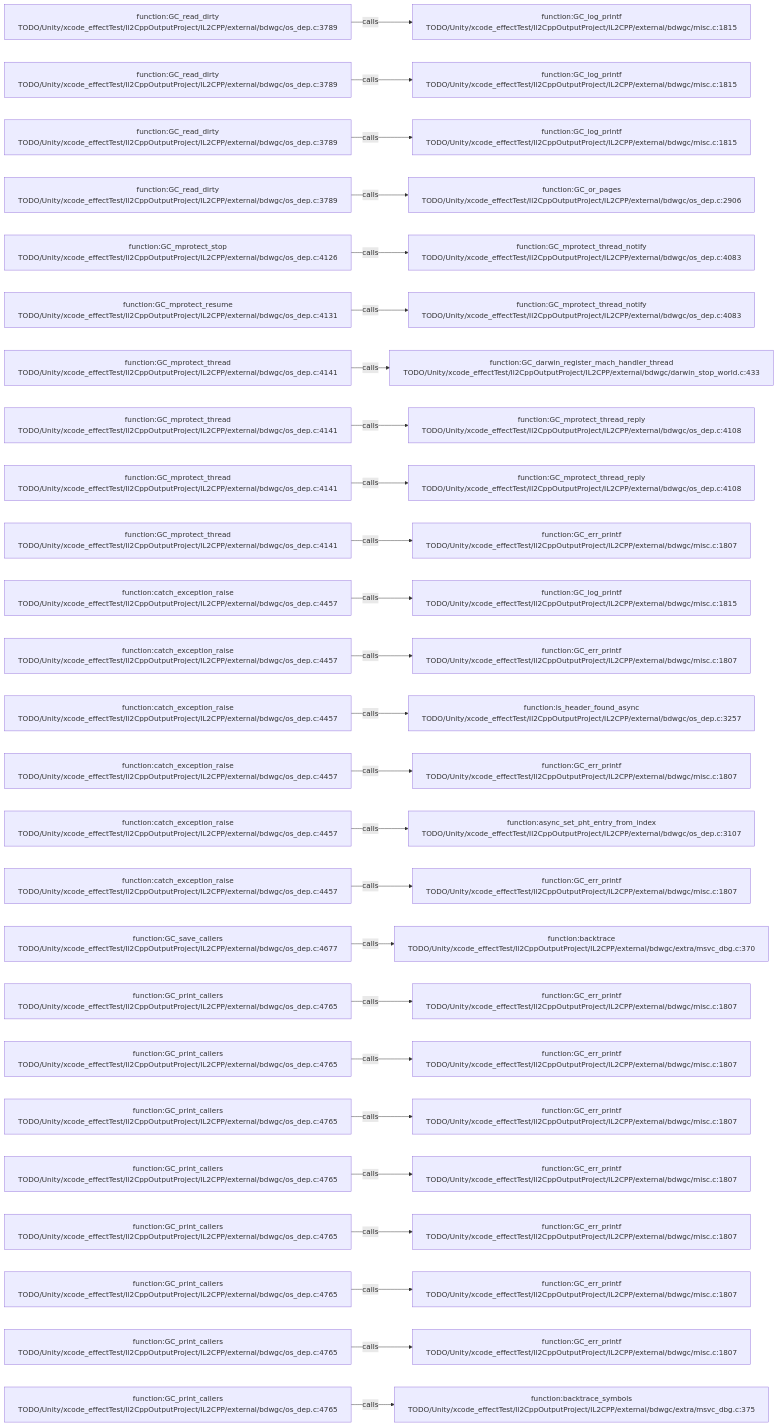
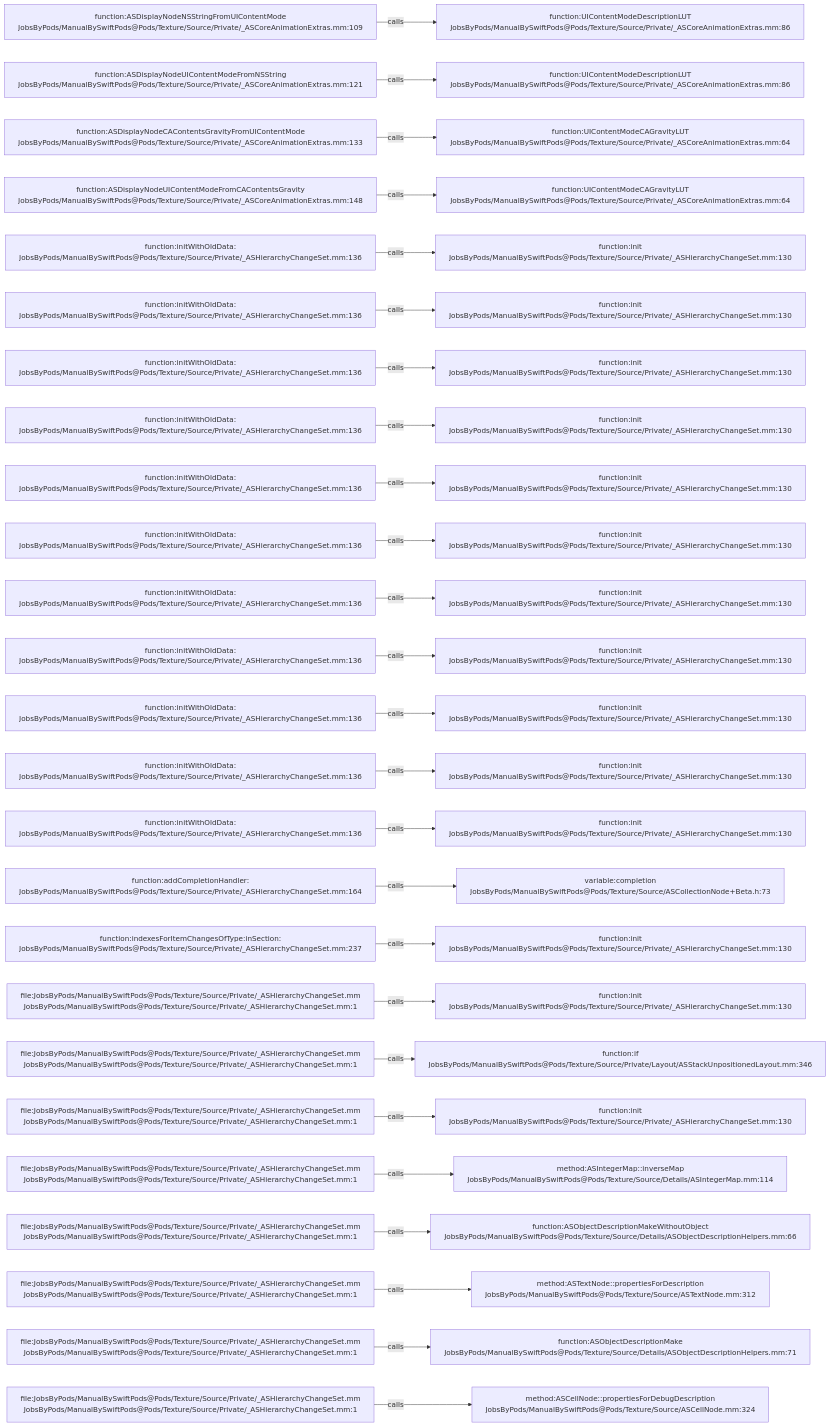
The diagram in .codegraph/codegraph.md/graphs/calls-147.md (JobsKits/JobsSwiftBaseConfigDemo), drawn with Mermaid before and after one commit. The commit also changed 2959 other files, not shown here.

````diff
--- a/.codegraph/codegraph.md/graphs/calls-147.md
+++ b/.codegraph/codegraph.md/graphs/calls-147.md
@@ -13,78 +13,78 @@
 ```mermaid
 flowchart LR
-  S1["function:GC_read_dirty<br/>TODO/Unity/xcode_effectTest/Il2CppOutputProject/IL2CPP/external/bdwgc/os_dep.c:3789"]
-  T1["function:GC_log_printf<br/>TODO/Unity/xcode_effectTest/Il2CppOutputProject/IL2CPP/external/bdwgc/misc.c:1815"]
+  S1["function:ASDisplayNodeNSStringFromUIContentMode<br/>JobsByPods/ManualBySwiftPods@Pods/Texture/Source/Private/_ASCoreAnimationExtras.mm:109"]
+  T1["function:UIContentModeDescriptionLUT<br/>JobsByPods/ManualBySwiftPods@Pods/Texture/Source/Private/_ASCoreAnimationExtras.mm:86"]
   S1 -->|calls| T1
-  S2["function:GC_read_dirty<br/>TODO/Unity/xcode_effectTest/Il2CppOutputProject/IL2CPP/external/bdwgc/os_dep.c:3789"]
-  T2["function:GC_log_printf<br/>TODO/Unity/xcode_effectTest/Il2CppOutputProject/IL2CPP/external/bdwgc/misc.c:1815"]
+  S2["function:ASDisplayNodeUIContentModeFromNSString<br/>JobsByPods/ManualBySwiftPods@Pods/Texture/Source/Private/_ASCoreAnimationExtras.mm:121"]
+  T2["function:UIContentModeDescriptionLUT<br/>JobsByPods/ManualBySwiftPods@Pods/Texture/Source/Private/_ASCoreAnimationExtras.mm:86"]
   S2 -->|calls| T2
-  S3["function:GC_read_dirty<br/>TODO/Unity/xcode_effectTest/Il2CppOutputProject/IL2CPP/external/bdwgc/os_dep.c:3789"]
-  T3["function:GC_log_printf<br/>TODO/Unity/xcode_effectTest/Il2CppOutputProject/IL2CPP/external/bdwgc/misc.c:1815"]
+  S3["function:ASDisplayNodeCAContentsGravityFromUIContentMode<br/>JobsByPods/ManualBySwiftPods@Pods/Texture/Source/Private/_ASCoreAnimationExtras.mm:133"]
+  T3["function:UIContentModeCAGravityLUT<br/>JobsByPods/ManualBySwiftPods@Pods/Texture/Source/Private/_ASCoreAnimationExtras.mm:64"]
   S3 -->|calls| T3
-  S4["function:GC_read_dirty<br/>TODO/Unity/xcode_effectTest/Il2CppOutputProject/IL2CPP/external/bdwgc/os_dep.c:3789"]
-  T4["function:GC_or_pages<br/>TODO/Unity/xcode_effectTest/Il2CppOutputProject/IL2CPP/external/bdwgc/os_dep.c:2906"]
+  S4["function:ASDisplayNodeUIContentModeFromCAContentsGravity<br/>JobsByPods/ManualBySwiftPods@Pods/Texture/Source/Private/_ASCoreAnimationExtras.mm:148"]
+  T4["function:UIContentModeCAGravityLUT<br/>JobsByPods/ManualBySwiftPods@Pods/Texture/Source/Private/_ASCoreAnimationExtras.mm:64"]
   S4 -->|calls| T4
-  S5["function:GC_mprotect_stop<br/>TODO/Unity/xcode_effectTest/Il2CppOutputProject/IL2CPP/external/bdwgc/os_dep.c:4126"]
-  T5["function:GC_mprotect_thread_notify<br/>TODO/Unity/xcode_effectTest/Il2CppOutputProject/IL2CPP/external/bdwgc/os_dep.c:4083"]
+  S5["function:initWithOldData:<br/>JobsByPods/ManualBySwiftPods@Pods/Texture/Source/Private/_ASHierarchyChangeSet.mm:136"]
+  T5["function:init<br/>JobsByPods/ManualBySwiftPods@Pods/Texture/Source/Private/_ASHierarchyChangeSet.mm:130"]
   S5 -->|calls| T5
-  S6["function:GC_mprotect_resume<br/>TODO/Unity/xcode_effectTest/Il2CppOutputProject/IL2CPP/external/bdwgc/os_dep.c:4131"]
-  T6["function:GC_mprotect_thread_notify<br/>TODO/Unity/xcode_effectTest/Il2CppOutputProject/IL2CPP/external/bdwgc/os_dep.c:4083"]
+  S6["function:initWithOldData:<br/>JobsByPods/ManualBySwiftPods@Pods/Texture/Source/Private/_ASHierarchyChangeSet.mm:136"]
+  T6["function:init<br/>JobsByPods/ManualBySwiftPods@Pods/Texture/Source/Private/_ASHierarchyChangeSet.mm:130"]
   S6 -->|calls| T6
-  S7["function:GC_mprotect_thread<br/>TODO/Unity/xcode_effectTest/Il2CppOutputProject/IL2CPP/external/bdwgc/os_dep.c:4141"]
-  T7["function:GC_darwin_register_mach_handler_thread<br/>TODO/Unity/xcode_effectTest/Il2CppOutputProject/IL2CPP/external/bdwgc/darwin_stop_world.c:433"]
+  S7["function:initWithOldData:<br/>JobsByPods/ManualBySwiftPods@Pods/Texture/Source/Private/_ASHierarchyChangeSet.mm:136"]
+  T7["function:init<br/>JobsByPods/ManualBySwiftPods@Pods/Texture/Source/Private/_ASHierarchyChangeSet.mm:130"]
   S7 -->|calls| T7
-  S8["function:GC_mprotect_thread<br/>TODO/Unity/xcode_effectTest/Il2CppOutputProject/IL2CPP/external/bdwgc/os_dep.c:4141"]
-  T8["function:GC_mprotect_thread_reply<br/>TODO/Unity/xcode_effectTest/Il2CppOutputProject/IL2CPP/external/bdwgc/os_dep.c:4108"]
+  S8["function:initWithOldData:<br/>JobsByPods/ManualBySwiftPods@Pods/Texture/Source/Private/_ASHierarchyChangeSet.mm:136"]
+  T8["function:init<br/>JobsByPods/ManualBySwiftPods@Pods/Texture/Source/Private/_ASHierarchyChangeSet.mm:130"]
   S8 -->|calls| T8
-  S9["function:GC_mprotect_thread<br/>TODO/Unity/xcode_effectTest/Il2CppOutputProject/IL2CPP/external/bdwgc/os_dep.c:4141"]
-  T9["function:GC_mprotect_thread_reply<br/>TODO/Unity/xcode_effectTest/Il2CppOutputProject/IL2CPP/external/bdwgc/os_dep.c:4108"]
+  S9["function:initWithOldData:<br/>JobsByPods/ManualBySwiftPods@Pods/Texture/Source/Private/_ASHierarchyChangeSet.mm:136"]
+  T9["function:init<br/>JobsByPods/ManualBySwiftPods@Pods/Texture/Source/Private/_ASHierarchyChangeSet.mm:130"]
   S9 -->|calls| T9
-  S10["function:GC_mprotect_thread<br/>TODO/Unity/xcode_effectTest/Il2CppOutputProject/IL2CPP/external/bdwgc/os_dep.c:4141"]
-  T10["function:GC_err_printf<br/>TODO/Unity/xcode_effectTest/Il2CppOutputProject/IL2CPP/external/bdwgc/misc.c:1807"]
+  S10["function:initWithOldData:<br/>JobsByPods/ManualBySwiftPods@Pods/Texture/Source/Private/_ASHierarchyChangeSet.mm:136"]
+  T10["function:init<br/>JobsByPods/ManualBySwiftPods@Pods/Texture/Source/Private/_ASHierarchyChangeSet.mm:130"]
   S10 -->|calls| T10
-  S11["function:catch_exception_raise<br/>TODO/Unity/xcode_effectTest/Il2CppOutputProject/IL2CPP/external/bdwgc/os_dep.c:4457"]
-  T11["function:GC_log_printf<br/>TODO/Unity/xcode_effectTest/Il2CppOutputProject/IL2CPP/external/bdwgc/misc.c:1815"]
+  S11["function:initWithOldData:<br/>JobsByPods/ManualBySwiftPods@Pods/Texture/Source/Private/_ASHierarchyChangeSet.mm:136"]
+  T11["function:init<br/>JobsByPods/ManualBySwiftPods@Pods/Texture/Source/Private/_ASHierarchyChangeSet.mm:130"]
   S11 -->|calls| T11
-  S12["function:catch_exception_raise<br/>TODO/Unity/xcode_effectTest/Il2CppOutputProject/IL2CPP/external/bdwgc/os_dep.c:4457"]
-  T12["function:GC_err_printf<br/>TODO/Unity/xcode_effectTest/Il2CppOutputProject/IL2CPP/external/bdwgc/misc.c:1807"]
+  S12["function:initWithOldData:<br/>JobsByPods/ManualBySwiftPods@Pods/Texture/Source/Private/_ASHierarchyChangeSet.mm:136"]
+  T12["function:init<br/>JobsByPods/ManualBySwiftPods@Pods/Texture/Source/Private/_ASHierarchyChangeSet.mm:130"]
   S12 -->|calls| T12
-  S13["function:catch_exception_raise<br/>TODO/Unity/xcode_effectTest/Il2CppOutputProject/IL2CPP/external/bdwgc/os_dep.c:4457"]
-  T13["function:is_header_found_async<br/>TODO/Unity/xcode_effectTest/Il2CppOutputProject/IL2CPP/external/bdwgc/os_dep.c:3257"]
+  S13["function:initWithOldData:<br/>JobsByPods/ManualBySwiftPods@Pods/Texture/Source/Private/_ASHierarchyChangeSet.mm:136"]
+  T13["function:init<br/>JobsByPods/ManualBySwiftPods@Pods/Texture/Source/Private/_ASHierarchyChangeSet.mm:130"]
   S13 -->|calls| T13
-  S14["function:catch_exception_raise<br/>TODO/Unity/xcode_effectTest/Il2CppOutputProject/IL2CPP/external/bdwgc/os_dep.c:4457"]
-  T14["function:GC_err_printf<br/>TODO/Unity/xcode_effectTest/Il2CppOutputProject/IL2CPP/external/bdwgc/misc.c:1807"]
+  S14["function:initWithOldData:<br/>JobsByPods/ManualBySwiftPods@Pods/Texture/Source/Private/_ASHierarchyChangeSet.mm:136"]
+  T14["function:init<br/>JobsByPods/ManualBySwiftPods@Pods/Texture/Source/Private/_ASHierarchyChangeSet.mm:130"]
   S14 -->|calls| T14
-  S15["function:catch_exception_raise<br/>TODO/Unity/xcode_effectTest/Il2CppOutputProject/IL2CPP/external/bdwgc/os_dep.c:4457"]
-  T15["function:async_set_pht_entry_from_index<br/>TODO/Unity/xcode_effectTest/Il2CppOutputProject/IL2CPP/external/bdwgc/os_dep.c:3107"]
+  S15["function:initWithOldData:<br/>JobsByPods/ManualBySwiftPods@Pods/Texture/Source/Private/_ASHierarchyChangeSet.mm:136"]
+  T15["function:init<br/>JobsByPods/ManualBySwiftPods@Pods/Texture/Source/Private/_ASHierarchyChangeSet.mm:130"]
   S15 -->|calls| T15
-  S16["function:catch_exception_raise<br/>TODO/Unity/xcode_effectTest/Il2CppOutputProject/IL2CPP/external/bdwgc/os_dep.c:4457"]
-  T16["function:GC_err_printf<br/>TODO/Unity/xcode_effectTest/Il2CppOutputProject/IL2CPP/external/bdwgc/misc.c:1807"]
+  S16["function:addCompletionHandler:<br/>JobsByPods/ManualBySwiftPods@Pods/Texture/Source/Private/_ASHierarchyChangeSet.mm:164"]
+  T16["variable:completion<br/>JobsByPods/ManualBySwiftPods@Pods/Texture/Source/ASCollectionNode+Beta.h:73"]
   S16 -->|calls| T16
-  S17["function:GC_save_callers<br/>TODO/Unity/xcode_effectTest/Il2CppOutputProject/IL2CPP/external/bdwgc/os_dep.c:4677"]
-  T17["function:backtrace<br/>TODO/Unity/xcode_effectTest/Il2CppOutputProject/IL2CPP/external/bdwgc/extra/msvc_dbg.c:370"]
+  S17["function:indexesForItemChangesOfType:inSection:<br/>JobsByPods/ManualBySwiftPods@Pods/Texture/Source/Private/_ASHierarchyChangeSet.mm:237"]
+  T17["function:init<br/>JobsByPods/ManualBySwiftPods@Pods/Texture/Source/Private/_ASHierarchyChangeSet.mm:130"]
   S17 -->|calls| T17
-  S18["function:GC_print_callers<br/>TODO/Unity/xcode_effectTest/Il2CppOutputProject/IL2CPP/external/bdwgc/os_dep.c:4765"]
-  T18["function:GC_err_printf<br/>TODO/Unity/xcode_effectTest/Il2CppOutputProject/IL2CPP/external/bdwgc/misc.c:1807"]
+  S18["file:JobsByPods/ManualBySwiftPods@Pods/Texture/Source/Private/_ASHierarchyChangeSet.mm<br/>JobsByPods/ManualBySwiftPods@Pods/Texture/Source/Private/_ASHierarchyChangeSet.mm:1"]
+  T18["function:init<br/>JobsByPods/ManualBySwiftPods@Pods/Texture/Source/Private/_ASHierarchyChangeSet.mm:130"]
   S18 -->|calls| T18
-  S19["function:GC_print_callers<br/>TODO/Unity/xcode_effectTest/Il2CppOutputProject/IL2CPP/external/bdwgc/os_dep.c:4765"]
-  T19["function:GC_err_printf<br/>TODO/Unity/xcode_effectTest/Il2CppOutputProject/IL2CPP/external/bdwgc/misc.c:1807"]
+  S19["file:JobsByPods/ManualBySwiftPods@Pods/Texture/Source/Private/_ASHierarchyChangeSet.mm<br/>JobsByPods/ManualBySwiftPods@Pods/Texture/Source/Private/_ASHierarchyChangeSet.mm:1"]
+  T19["function:if<br/>JobsByPods/ManualBySwiftPods@Pods/Texture/Source/Private/Layout/ASStackUnpositionedLayout.mm:346"]
   S19 -->|calls| T19
-  S20["function:GC_print_callers<br/>TODO/Unity/xcode_effectTest/Il2CppOutputProject/IL2CPP/external/bdwgc/os_dep.c:4765"]
-  T20["function:GC_err_printf<br/>TODO/Unity/xcode_effectTest/Il2CppOutputProject/IL2CPP/external/bdwgc/misc.c:1807"]
+  S20["file:JobsByPods/ManualBySwiftPods@Pods/Texture/Source/Private/_ASHierarchyChangeSet.mm<br/>JobsByPods/ManualBySwiftPods@Pods/Texture/Source/Private/_ASHierarchyChangeSet.mm:1"]
+  T20["function:init<br/>JobsByPods/ManualBySwiftPods@Pods/Texture/Source/Private/_ASHierarchyChangeSet.mm:130"]
   S20 -->|calls| T20
-  S21["function:GC_print_callers<br/>TODO/Unity/xcode_effectTest/Il2CppOutputProject/IL2CPP/external/bdwgc/os_dep.c:4765"]
-  T21["function:GC_err_printf<br/>TODO/Unity/xcode_effectTest/Il2CppOutputProject/IL2CPP/external/bdwgc/misc.c:1807"]
+  S21["file:JobsByPods/ManualBySwiftPods@Pods/Texture/Source/Private/_ASHierarchyChangeSet.mm<br/>JobsByPods/ManualBySwiftPods@Pods/Texture/Source/Private/_ASHierarchyChangeSet.mm:1"]
+  T21["method:ASIntegerMap::inverseMap<br/>JobsByPods/ManualBySwiftPods@Pods/Texture/Source/Details/ASIntegerMap.mm:114"]
   S21 -->|calls| T21
-  S22["function:GC_print_callers<br/>TODO/Unity/xcode_effectTest/Il2CppOutputProject/IL2CPP/external/bdwgc/os_dep.c:4765"]
-  T22["function:GC_err_printf<br/>TODO/Unity/xcode_effectTest/Il2CppOutputProject/IL2CPP/external/bdwgc/misc.c:1807"]
+  S22["file:JobsByPods/ManualBySwiftPods@Pods/Texture/Source/Private/_ASHierarchyChangeSet.mm<br/>JobsByPods/ManualBySwiftPods@Pods/Texture/Source/Private/_ASHierarchyChangeSet.mm:1"]
+  T22["function:ASObjectDescriptionMakeWithoutObject<br/>JobsByPods/ManualBySwiftPods@Pods/Texture/Source/Details/ASObjectDescriptionHelpers.mm:66"]
   S22 -->|calls| T22
-  S23["function:GC_print_callers<br/>TODO/Unity/xcode_effectTest/Il2CppOutputProject/IL2CPP/external/bdwgc/os_dep.c:4765"]
-  T23["function:GC_err_printf<br/>TODO/Unity/xcode_effectTest/Il2CppOutputProject/IL2CPP/external/bdwgc/misc.c:1807"]
+  S23["file:JobsByPods/ManualBySwiftPods@Pods/Texture/Source/Private/_ASHierarchyChangeSet.mm<br/>JobsByPods/ManualBySwiftPods@Pods/Texture/Source/Private/_ASHierarchyChangeSet.mm:1"]
+  T23["method:ASTextNode::propertiesForDescription<br/>JobsByPods/ManualBySwiftPods@Pods/Texture/Source/ASTextNode.mm:312"]
   S23 -->|calls| T23
-  S24["function:GC_print_callers<br/>TODO/Unity/xcode_effectTest/Il2CppOutputProject/IL2CPP/external/bdwgc/os_dep.c:4765"]
-  T24["function:GC_err_printf<br/>TODO/Unity/xcode_effectTest/Il2CppOutputProject/IL2CPP/external/bdwgc/misc.c:1807"]
+  S24["file:JobsByPods/ManualBySwiftPods@Pods/Texture/Source/Private/_ASHierarchyChangeSet.mm<br/>JobsByPods/ManualBySwiftPods@Pods/Texture/Source/Private/_ASHierarchyChangeSet.mm:1"]
+  T24["function:ASObjectDescriptionMake<br/>JobsByPods/ManualBySwiftPods@Pods/Texture/Source/Details/ASObjectDescriptionHelpers.mm:71"]
   S24 -->|calls| T24
-  S25["function:GC_print_callers<br/>TODO/Unity/xcode_effectTest/Il2CppOutputProject/IL2CPP/external/bdwgc/os_dep.c:4765"]
-  T25["function:backtrace_symbols<br/>TODO/Unity/xcode_effectTest/Il2CppOutputProject/IL2CPP/external/bdwgc/extra/msvc_dbg.c:375"]
+  S25["file:JobsByPods/ManualBySwiftPods@Pods/Texture/Source/Private/_ASHierarchyChangeSet.mm<br/>JobsByPods/ManualBySwiftPods@Pods/Texture/Source/Private/_ASHierarchyChangeSet.mm:1"]
+  T25["method:ASCellNode::propertiesForDebugDescription<br/>JobsByPods/ManualBySwiftPods@Pods/Texture/Source/ASCellNode.mm:324"]
   S25 -->|calls| T25
 ```
````
